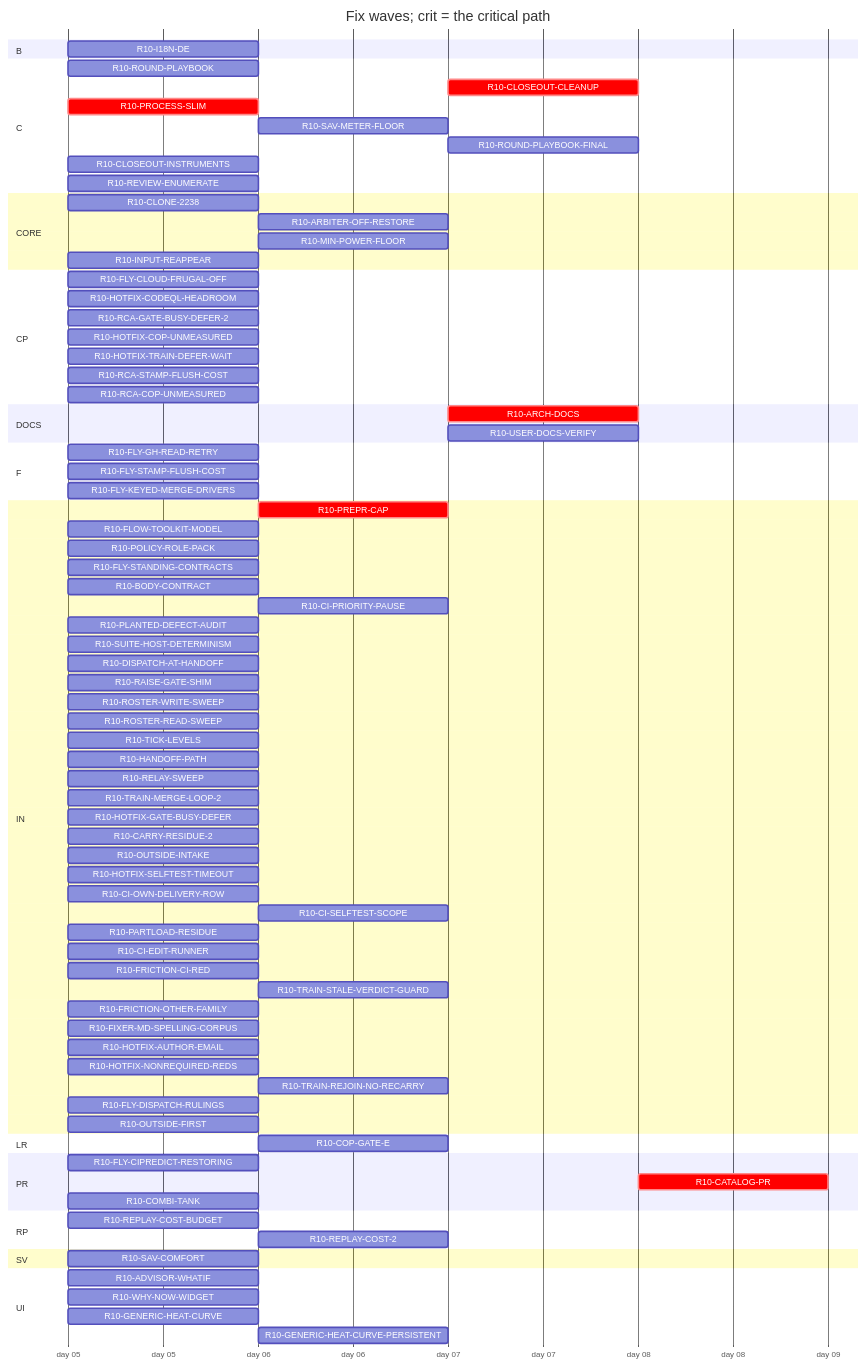
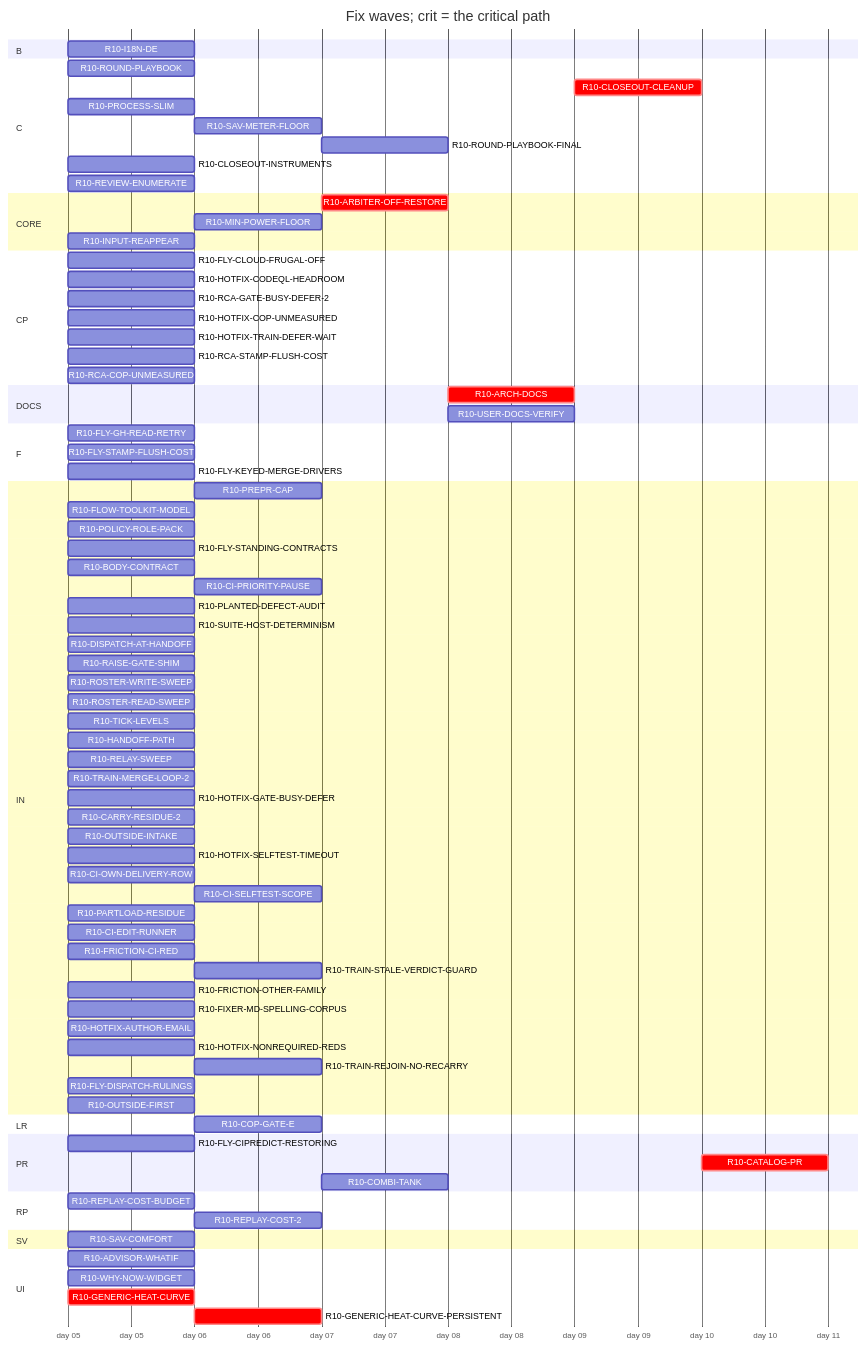
Before and after one commit to tvofi/heatpump_optimizer: the diagram in handoff/round10/state/PLAN-TABLE.md, drawn with Mermaid. The commit also changed other lines of this file and 4 other files, not shown here.

Commit message:
state: FLOW-BOARD.md, NEXT-SESSION-PROMPT.md, PLAN-TABLE.md, PLAN.html, RESUME-CURRENT.md regenerated (state_docs.py)

````diff
--- a/handoff/round10/state/PLAN-TABLE.md
+++ b/handoff/round10/state/PLAN-TABLE.md
@@ -32,14 +32,13 @@
   section C
     R10-ROUND-PLAYBOOK :r10ROUNDPLAYBOOK, 2026-01-05, 1d
     R10-CLOSEOUT-CLEANUP :crit, r10CLOSEOUTCLEANUP, after r10ARCHDOCS r10USERDOCSVERIFY r10ROUNDPLAYBOOKFINAL r10CLOSEOUTINSTRUMENTS r10RCAGATEBUSYDEFER2 r10RCASTAMPFLUSHCOST r10RCACOPUNMEASURED r10FRICTIONCIRED r10FRICTIONOTHERFAMILY, 1d
-    R10-PROCESS-SLIM :crit, r10PROCESSSLIM, 2026-01-05, 1d
+    R10-PROCESS-SLIM :r10PROCESSSLIM, 2026-01-05, 1d
     R10-SAV-METER-FLOOR :r10SAVMETERFLOOR, after r10SAVCOMFORT, 1d
     R10-ROUND-PLAYBOOK-FINAL :r10ROUNDPLAYBOOKFINAL, after r10PREPRCAP r10HANDOFFPATH r10RELAYSWEEP r10DISPATCHATHANDOFF r10BODYCONTRACT r10TICKLEVELS r10CIPRIORITYPAUSE r10ROSTERWRITESWEEP r10ROSTERREADSWEEP r10FLYSTANDINGCONTRACTS r10POLICYROLEPACK r10FLOWTOOLKITMODEL r10FLYCIPREDICTRESTORING r10RAISEGATESHIM r10PLANTEDDEFECTAUDIT r10FLYGHREADRETRY r10SUITEHOSTDETERMINISM r10ROUNDPLAYBOOK r10PROCESSSLIM r10TRAINMERGELOOP2 r10HOTFIXGATEBUSYDEFER r10CARRYRESIDUE2 r10REPLAYCOST2 r10HOTFIXCODEQLHEADROOM r10OUTSIDEINTAKE r10HOTFIXSELFTESTTIMEOUT r10FLYSTAMPFLUSHCOST r10HOTFIXTRAINDEFERWAIT r10CIOWNDELIVERYROW r10CISELFTESTSCOPE r10CIEDITRUNNER r10TRAINSTALEVERDICTGUARD r10CLOSEOUTINSTRUMENTS r10FRICTIONCIRED r10FRICTIONOTHERFAMILY r10FIXERMDSPELLINGCORPUS, 1d
     R10-CLOSEOUT-INSTRUMENTS :r10CLOSEOUTINSTRUMENTS, 2026-01-05, 1d
     R10-REVIEW-ENUMERATE :r10REVIEWENUMERATE, 2026-01-05, 1d
   section CORE
-    R10-CLONE-2238 :r10CLONE2238, 2026-01-05, 1d
-    R10-ARBITER-OFF-RESTORE :r10ARBITEROFFRESTORE, after r10GENERICHEATCURVE, 1d
+    R10-ARBITER-OFF-RESTORE :crit, r10ARBITEROFFRESTORE, after r10GENERICHEATCURVE r10GENERICHEATCURVEPERSISTENT, 1d
     R10-MIN-POWER-FLOOR :r10MINPOWERFLOOR, after r10HOTFIXCOPUNMEASURED r10GENERICHEATCURVE, 1d
     R10-INPUT-REAPPEAR :r10INPUTREAPPEAR, 2026-01-05, 1d
   section CP
@@ -51,14 +50,14 @@
     R10-RCA-STAMP-FLUSH-COST :r10RCASTAMPFLUSHCOST, 2026-01-05, 1d
     R10-RCA-COP-UNMEASURED :r10RCACOPUNMEASURED, 2026-01-05, 1d
   section DOCS
-    R10-ARCH-DOCS :crit, r10ARCHDOCS, after r10CLONE2238 r10SAVCOMFORT r10WHYNOWWIDGET r10ADVISORWHATIF r10REPLAYCOSTBUDGET r10PREPRCAP r10HANDOFFPATH r10RELAYSWEEP r10DISPATCHATHANDOFF r10BODYCONTRACT r10TICKLEVELS r10CIPRIORITYPAUSE r10ROSTERWRITESWEEP r10ROSTERREADSWEEP r10FLYSTANDINGCONTRACTS r10POLICYROLEPACK r10FLOWTOOLKITMODEL r10FLYCIPREDICTRESTORING r10RAISEGATESHIM r10PLANTEDDEFECTAUDIT r10FLYGHREADRETRY r10SUITEHOSTDETERMINISM r10PROCESSSLIM r10SAVMETERFLOOR r10HOTFIXCOPUNMEASURED r10COPGATEE r10PARTLOADRESIDUE r10I18NDE r10GENERICHEATCURVE r10GENERICHEATCURVEPERSISTENT r10ARBITEROFFRESTORE r10TRAINMERGELOOP2 r10HOTFIXGATEBUSYDEFER r10CARRYRESIDUE2 r10REPLAYCOST2 r10HOTFIXCODEQLHEADROOM r10OUTSIDEINTAKE r10HOTFIXSELFTESTTIMEOUT r10FLYSTAMPFLUSHCOST r10HOTFIXTRAINDEFERWAIT r10CIOWNDELIVERYROW r10CISELFTESTSCOPE r10CIEDITRUNNER r10TRAINSTALEVERDICTGUARD r10COMBITANK r10CLOSEOUTINSTRUMENTS r10MINPOWERFLOOR r10ROUNDPLAYBOOK r10RCAGATEBUSYDEFER2 r10FRICTIONCIRED r10FRICTIONOTHERFAMILY r10RCASTAMPFLUSHCOST r10RCACOPUNMEASURED r10INPUTREAPPEAR, 1d
-    R10-USER-DOCS-VERIFY :r10USERDOCSVERIFY, after r10CLONE2238 r10SAVCOMFORT r10WHYNOWWIDGET r10ADVISORWHATIF r10SAVMETERFLOOR r10HOTFIXCOPUNMEASURED r10COPGATEE r10PARTLOADRESIDUE r10I18NDE r10GENERICHEATCURVE r10GENERICHEATCURVEPERSISTENT r10ARBITEROFFRESTORE r10COMBITANK r10MINPOWERFLOOR r10INPUTREAPPEAR, 1d
+    R10-ARCH-DOCS :crit, r10ARCHDOCS, after r10SAVCOMFORT r10WHYNOWWIDGET r10ADVISORWHATIF r10REPLAYCOSTBUDGET r10PREPRCAP r10HANDOFFPATH r10RELAYSWEEP r10DISPATCHATHANDOFF r10BODYCONTRACT r10TICKLEVELS r10CIPRIORITYPAUSE r10ROSTERWRITESWEEP r10ROSTERREADSWEEP r10FLYSTANDINGCONTRACTS r10POLICYROLEPACK r10FLOWTOOLKITMODEL r10FLYCIPREDICTRESTORING r10RAISEGATESHIM r10PLANTEDDEFECTAUDIT r10FLYGHREADRETRY r10SUITEHOSTDETERMINISM r10PROCESSSLIM r10SAVMETERFLOOR r10HOTFIXCOPUNMEASURED r10COPGATEE r10PARTLOADRESIDUE r10I18NDE r10GENERICHEATCURVE r10GENERICHEATCURVEPERSISTENT r10ARBITEROFFRESTORE r10TRAINMERGELOOP2 r10HOTFIXGATEBUSYDEFER r10CARRYRESIDUE2 r10REPLAYCOST2 r10HOTFIXCODEQLHEADROOM r10OUTSIDEINTAKE r10HOTFIXSELFTESTTIMEOUT r10FLYSTAMPFLUSHCOST r10HOTFIXTRAINDEFERWAIT r10CIOWNDELIVERYROW r10CISELFTESTSCOPE r10CIEDITRUNNER r10TRAINSTALEVERDICTGUARD r10COMBITANK r10CLOSEOUTINSTRUMENTS r10MINPOWERFLOOR r10ROUNDPLAYBOOK r10RCAGATEBUSYDEFER2 r10FRICTIONCIRED r10FRICTIONOTHERFAMILY r10RCASTAMPFLUSHCOST r10RCACOPUNMEASURED r10INPUTREAPPEAR, 1d
+    R10-USER-DOCS-VERIFY :r10USERDOCSVERIFY, after r10SAVCOMFORT r10WHYNOWWIDGET r10ADVISORWHATIF r10SAVMETERFLOOR r10HOTFIXCOPUNMEASURED r10COPGATEE r10PARTLOADRESIDUE r10I18NDE r10GENERICHEATCURVE r10GENERICHEATCURVEPERSISTENT r10ARBITEROFFRESTORE r10COMBITANK r10MINPOWERFLOOR r10INPUTREAPPEAR, 1d
   section F
     R10-FLY-GH-READ-RETRY :r10FLYGHREADRETRY, 2026-01-05, 1d
     R10-FLY-STAMP-FLUSH-COST :r10FLYSTAMPFLUSHCOST, 2026-01-05, 1d
     R10-FLY-KEYED-MERGE-DRIVERS :r10FLYKEYEDMERGEDRIVERS, 2026-01-05, 1d
   section IN
-    R10-PREPR-CAP :crit, r10PREPRCAP, after r10PROCESSSLIM, 1d
+    R10-PREPR-CAP :r10PREPRCAP, after r10PROCESSSLIM, 1d
     R10-FLOW-TOOLKIT-MODEL :r10FLOWTOOLKITMODEL, 2026-01-05, 1d
     R10-POLICY-ROLE-PACK :r10POLICYROLEPACK, 2026-01-05, 1d
     R10-FLY-STANDING-CONTRACTS :r10FLYSTANDINGCONTRACTS, 2026-01-05, 1d
@@ -96,7 +95,7 @@
   section PR
     R10-FLY-CIPREDICT-RESTORING :r10FLYCIPREDICTRESTORING, 2026-01-05, 1d
     R10-CATALOG-PR :crit, r10CATALOGPR, after r10USERDOCSVERIFY r10ARCHDOCS r10ROUNDPLAYBOOKFINAL r10CLOSEOUTCLEANUP, 1d
-    R10-COMBI-TANK :r10COMBITANK, 2026-01-05, 1d
+    R10-COMBI-TANK :r10COMBITANK, after r10ADVISORWHATIF r10COPGATEE r10GENERICHEATCURVEPERSISTENT, 1d
   section RP
     R10-REPLAY-COST-BUDGET :r10REPLAYCOSTBUDGET, 2026-01-05, 1d
     R10-REPLAY-COST-2 :r10REPLAYCOST2, after r10REPLAYCOSTBUDGET, 1d
@@ -105,6 +104,6 @@
   section UI
     R10-ADVISOR-WHATIF :r10ADVISORWHATIF, 2026-01-05, 1d
     R10-WHY-NOW-WIDGET :r10WHYNOWWIDGET, 2026-01-05, 1d
-    R10-GENERIC-HEAT-CURVE :r10GENERICHEATCURVE, 2026-01-05, 1d
-    R10-GENERIC-HEAT-CURVE-PERSISTENT :r10GENERICHEATCURVEPERSISTENT, after r10GENERICHEATCURVE, 1d
+    R10-GENERIC-HEAT-CURVE :crit, r10GENERICHEATCURVE, 2026-01-05, 1d
+    R10-GENERIC-HEAT-CURVE-PERSISTENT :crit, r10GENERICHEATCURVEPERSISTENT, after r10GENERICHEATCURVE, 1d
 ```
````
